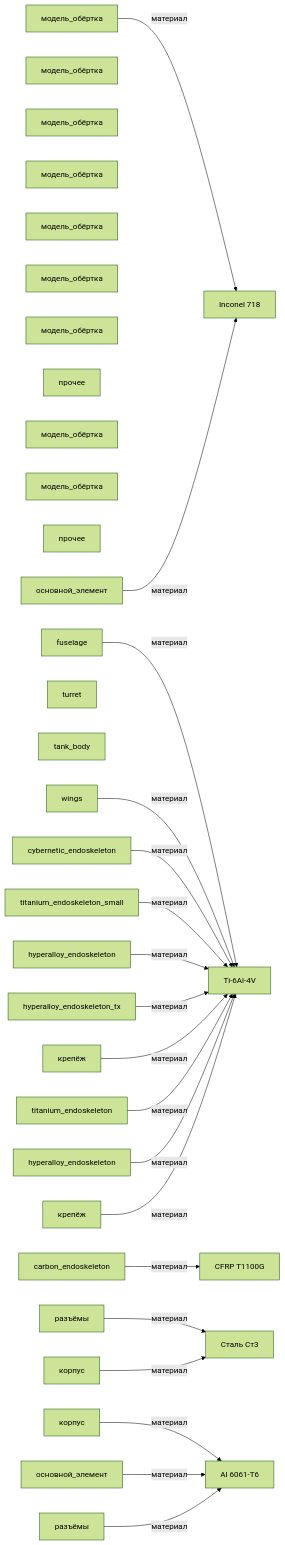
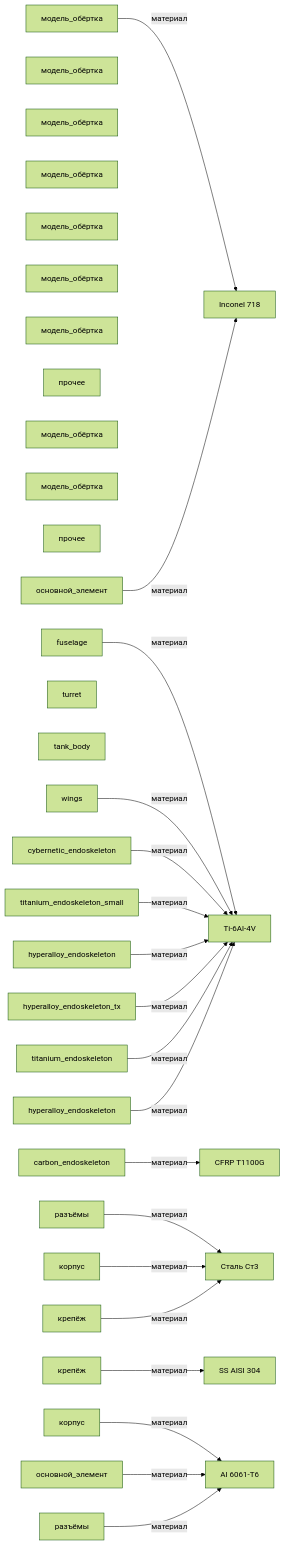
The diagram in graphs/mermaid/graph1_каркас.md (a-m-e-n-t-e-t/SkyNet), drawn with Mermaid (forest theme) before and after one commit. The commit also changed other lines of this file and 9 other files, not shown here.

````diff
--- a/graphs/mermaid/graph1_каркас.md
+++ b/graphs/mermaid/graph1_каркас.md
@@ -3,56 +3,57 @@
 ```mermaid
 graph LR
     izdelie_SkyNet_HKAerial[модель_обёртка]
     izdelie_SkyNet_HKTank[модель_обёртка]
     izdelie_SkyNet_MarcusWright[модель_обёртка]
     izdelie_SkyNet_Rev9[модель_обёртка]
     izdelie_SkyNet_Cameron[модель_обёртка]
     izdelie_SkyNet_T850[модель_обёртка]
     izdelie_SkyNet_TX[модель_обёртка]
     izdelie_kompensatory[прочее]
     izdelie_SkyNet_T600[модель_обёртка]
     izdelie_SkyNet_T800[модель_обёртка]
     izdelie_reshetchatyi_karkas[прочее]
     часть_hk_aerial_фюзеляж[fuselage]
     часть_hk_aerial_крылья[wings]
     часть_hk_tank_башня[turret]
     часть_hk_tank_корпус[tank_body]
     часть_marcus_эндоскелет[cybernetic_endoskeleton]
     часть_rev9_endoskeleton[carbon_endoskeleton]
     часть_cameron_эндоскелет[titanium_endoskeleton_small]
     часть_t850_эндоскелет[hyperalloy_endoskeleton]
     часть_t_x_эндоскелет[hyperalloy_endoskeleton_tx]
     часть_kompensatory_connectors[разъёмы]
     часть_kompensatory_mounting[крепёж]
     часть_kompensatory_housing[корпус]
     часть_kompensatory_core[основной_элемент]
     часть_t600_эндоскелет[titanium_endoskeleton]
     часть_t800_эндоскелет_торс[hyperalloy_endoskeleton]
     часть_reshetchatyi_karkas_housing[корпус]
     часть_reshetchatyi_karkas_core[основной_элемент]
     часть_reshetchatyi_karkas_connectors[разъёмы]
     часть_reshetchatyi_karkas_mounting[крепёж]
     material_al_6061_t6[Al 6061-T6]
     material_cfrp_t1100g[CFRP T1100G]
     material_inconel_718[Inconel 718]
+    material_ss_aisi_304[SS AISI 304]
     material_stal_st3[Сталь Ст3]
     material_ti_6al_4v[Ti-6Al-4V]
     izdelie_SkyNet_HKAerial -->|материал| material_inconel_718
     часть_hk_aerial_фюзеляж -->|материал| material_ti_6al_4v
     часть_hk_aerial_крылья -->|материал| material_ti_6al_4v
     часть_marcus_эндоскелет -->|материал| material_ti_6al_4v
     часть_rev9_endoskeleton -->|материал| material_cfrp_t1100g
     часть_cameron_эндоскелет -->|материал| material_ti_6al_4v
     часть_t850_эндоскелет -->|материал| material_ti_6al_4v
     часть_t_x_эндоскелет -->|материал| material_ti_6al_4v
     часть_kompensatory_connectors -->|материал| material_stal_st3
-    часть_kompensatory_mounting -->|материал| material_ti_6al_4v
+    часть_kompensatory_mounting -->|материал| material_ss_aisi_304
     часть_kompensatory_housing -->|материал| material_al_6061_t6
     часть_kompensatory_core -->|материал| material_inconel_718
     часть_t600_эндоскелет -->|материал| material_ti_6al_4v
     часть_t800_эндоскелет_торс -->|материал| material_ti_6al_4v
     часть_reshetchatyi_karkas_housing -->|материал| material_stal_st3
     часть_reshetchatyi_karkas_core -->|материал| material_al_6061_t6
     часть_reshetchatyi_karkas_connectors -->|материал| material_al_6061_t6
-    часть_reshetchatyi_karkas_mounting -->|материал| material_ti_6al_4v
+    часть_reshetchatyi_karkas_mounting -->|материал| material_stal_st3
 ```
````
